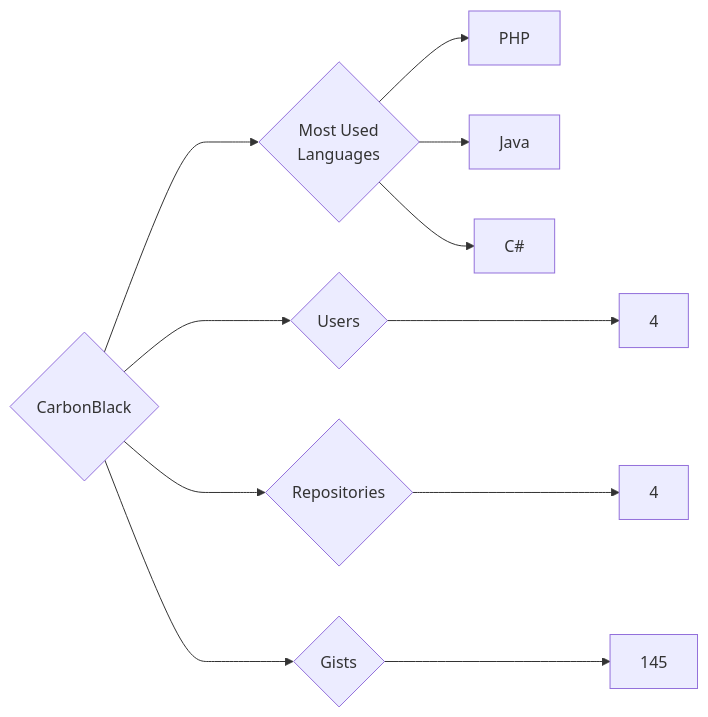
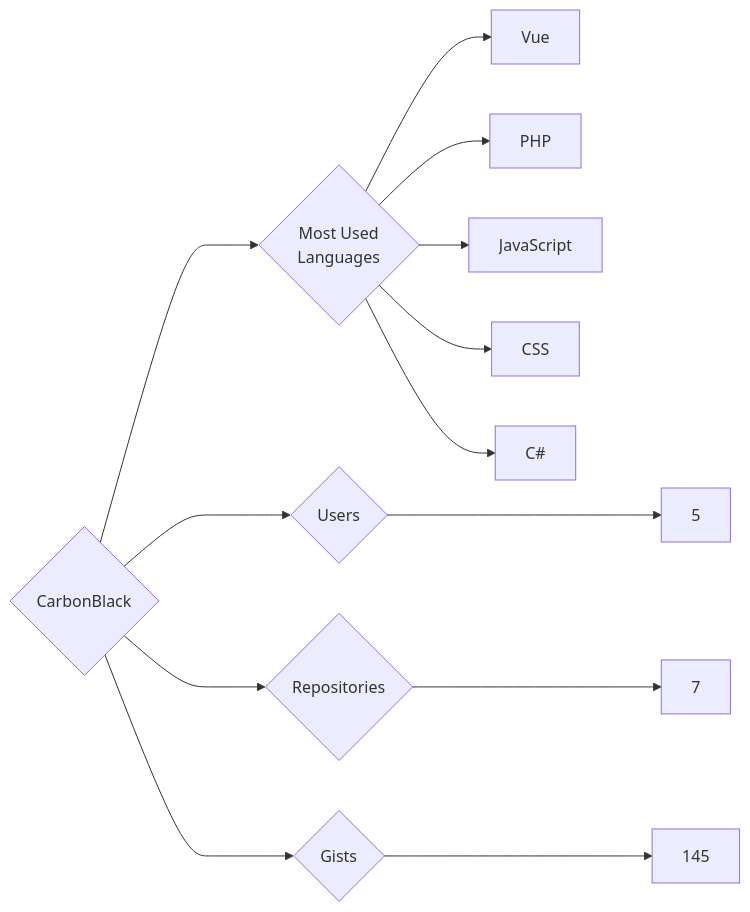
One commit to trickest/insiders changed the diagram in targets/CarbonBlack/README.md. Above: the diagram before and after it, drawn with Mermaid. The commit also changed 1055 other files, not shown here.

````diff
--- a/targets/CarbonBlack/README.md
+++ b/targets/CarbonBlack/README.md
@@ -3,11 +3,13 @@
 ```mermaid
 graph LR
 COMPANY_NAME{CarbonBlack}
-COMPANY_NAME ---> U{Users} ---> UN[4]
-COMPANY_NAME ---> R{Repositories} ---> RN[4]
+COMPANY_NAME ---> U{Users} ---> UN[5]
+COMPANY_NAME ---> R{Repositories} ---> RN[7]
 COMPANY_NAME ---> G{Gists} ---> GN[145]
 COMPANY_NAME ---> ML{Most Used<br>Languages}
+ML --> Vue[Vue]
 ML --> PHP[PHP]
-ML --> Java[Java]
+ML --> JavaScript[JavaScript]
+ML --> CSS[CSS]
 ML --> C#[C#]
 ```
````
